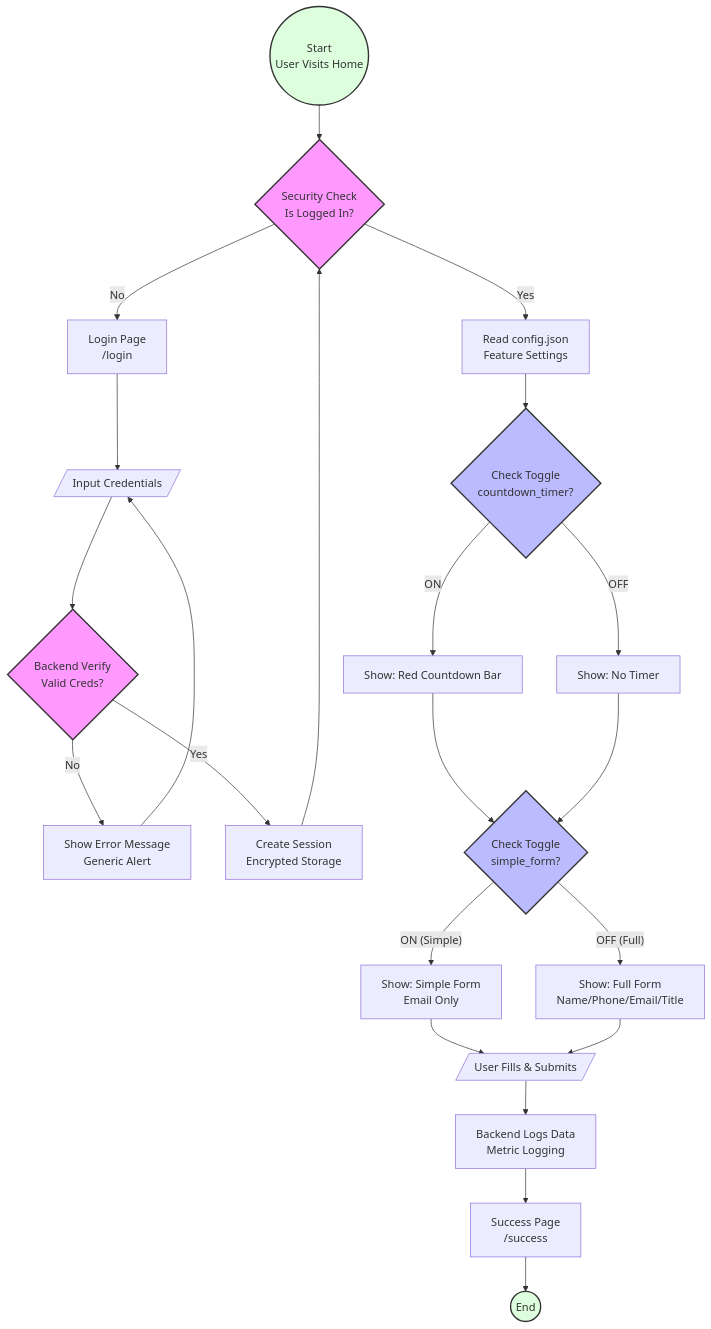
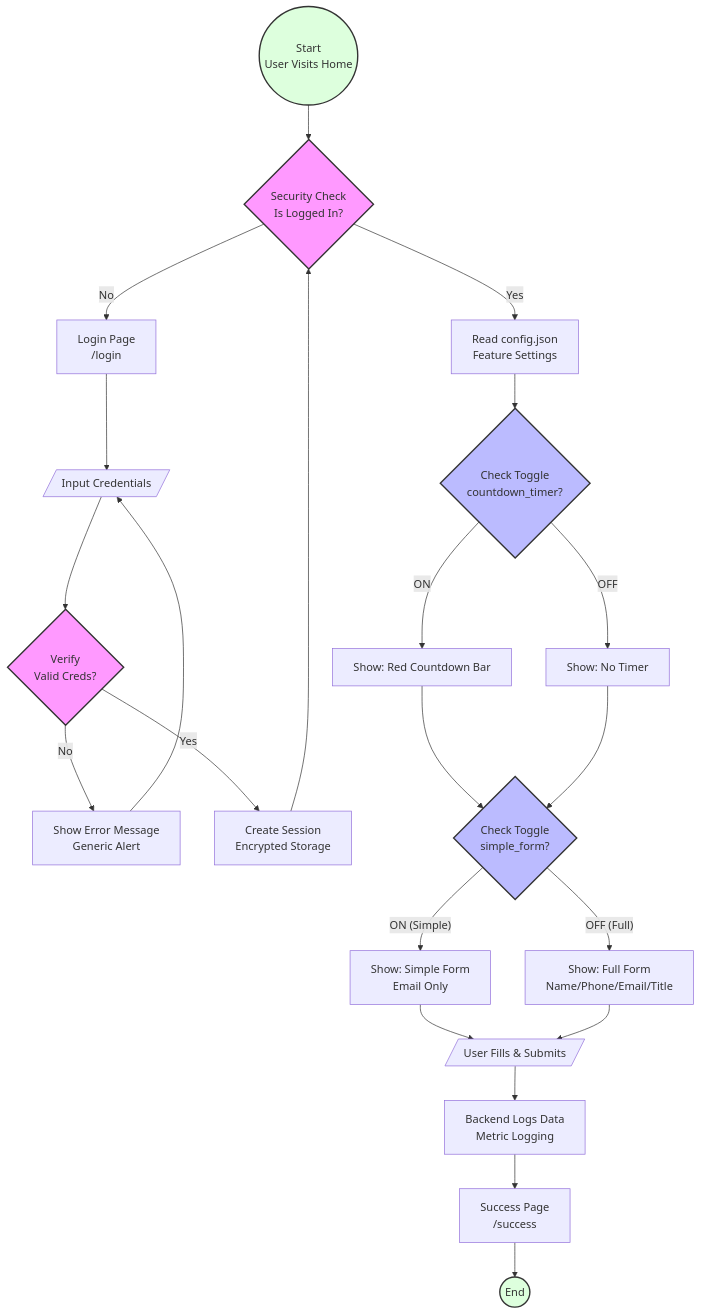
One commit to Kiwi-Peng/hw11 changed the diagram in README.md. Above: the diagram before and after it, drawn with Mermaid.

````diff
--- a/README.md
+++ b/README.md
@@ -3,44 +3,44 @@
 ```mermaid
 flowchart TD
     Start((Start<br>User Visits Home)) --> CheckSession{Security Check<br>Is Logged In?}
     
     %% A&A Authentication Flow
     CheckSession -- No --> LoginPage[Login Page<br>/login]
     LoginPage --> InputCreds[/Input Credentials/]
-    InputCreds --> VerifyCreds{Backend Verify<br>Valid Creds?}
+    InputCreds --> VerifyCreds{Verify<br>Valid Creds?}
     VerifyCreds -- No --> ShowError[Show Error Message<br>Generic Alert]
     ShowError --> InputCreds
     VerifyCreds -- Yes --> CreateSession[Create Session<br>Encrypted Storage]
     CreateSession --> CheckSession
     
     %% Feature Toggling & UI Rendering
     CheckSession -- Yes --> ReadConfig[Read config.json<br>Feature Settings]
     ReadConfig --> ToggleTimer{Check Toggle<br>countdown_timer?}
     
     %% Feature A: Countdown Timer
     ToggleTimer -- ON --> ShowTimer[Show: Red Countdown Bar]
     ToggleTimer -- OFF --> NoTimer[Show: No Timer]
     
     ShowTimer --> ToggleForm{Check Toggle<br>simple_form?}
     NoTimer --> ToggleForm
     
     %% Feature B: Simple Form
     ToggleForm -- ON (Simple) --> SimpleUI[Show: Simple Form<br>Email Only]
     ToggleForm -- OFF (Full) --> ComplexUI[Show: Full Form<br>Name/Phone/Email/Title]
     
     %% Interaction & End
     SimpleUI --> UserAction[/User Fills & Submits/]
     ComplexUI --> UserAction
     
     UserAction --> LogMetric[Backend Logs Data<br>Metric Logging]
     LogMetric --> SuccessPage[Success Page<br>/success]
     SuccessPage --> End((End))
 
     %% Styling
     style CheckSession fill:#f9f,stroke:#333,stroke-width:2px
     style VerifyCreds fill:#f9f,stroke:#333,stroke-width:2px
     style ToggleTimer fill:#bbf,stroke:#333,stroke-width:2px
     style ToggleForm fill:#bbf,stroke:#333,stroke-width:2px
     style Start fill:#dfd,stroke:#333,stroke-width:2px
     style End fill:#dfd,stroke:#333,stroke-width:2px
 ```
````
